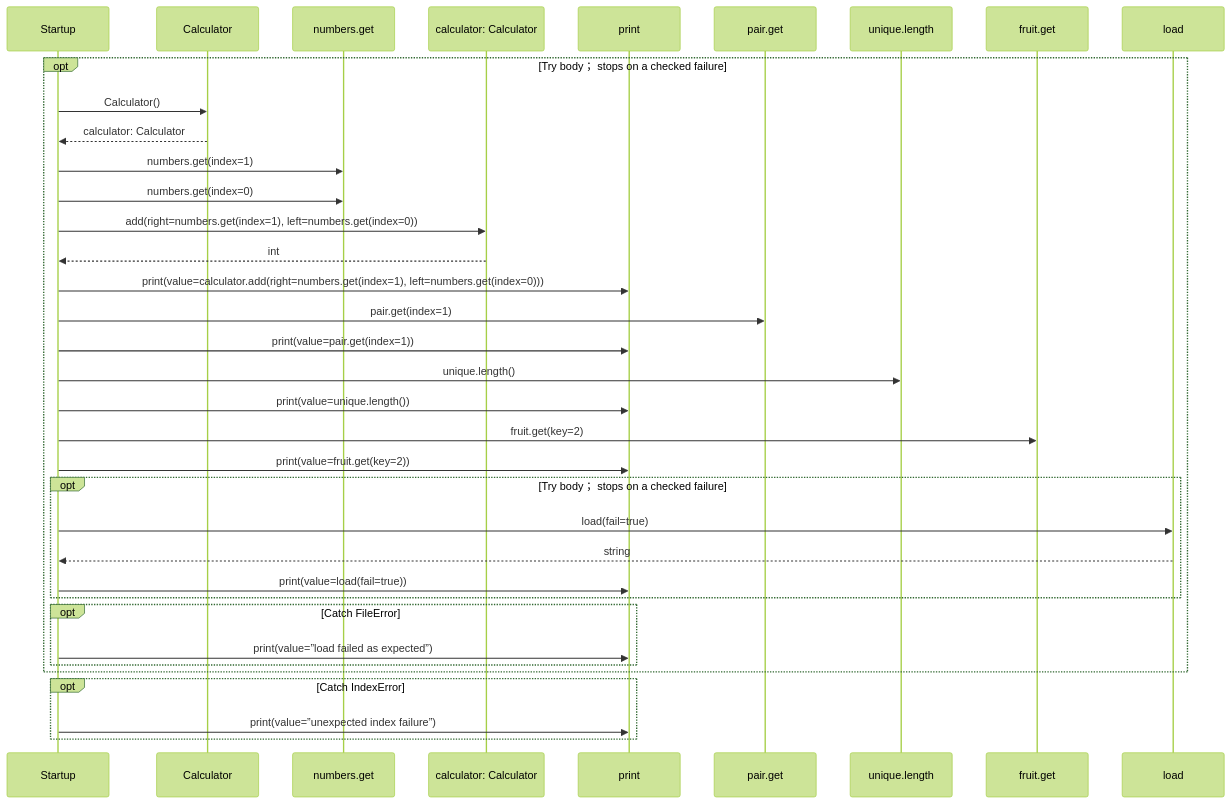
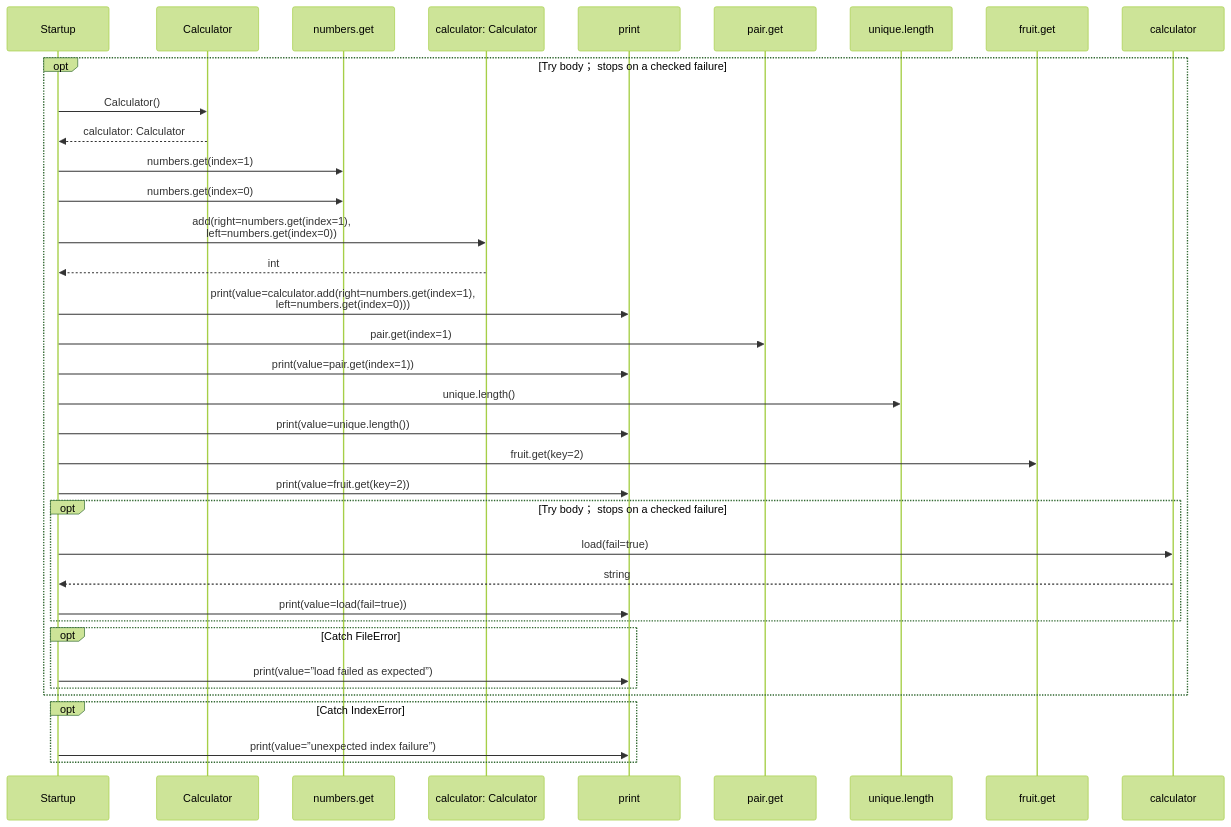
Before and after one commit to GreenPandaStudios/augscript: the third of 3 diagrams in docs/examples/developer-workflow/main-diagrams.md, drawn with Mermaid (forest theme). The commit also changed 200 other files, not shown here.

Commit message:
Group imported operations and wrap readable sequence messages

````diff
--- a/docs/examples/developer-workflow/main-diagrams.md
+++ b/docs/examples/developer-workflow/main-diagrams.md
@@ -53,38 +53,38 @@
 ```mermaid
 sequenceDiagram
     participant p0 as Startup
     participant p1 as Calculator
     participant p2 as numbers.get
     participant p3 as calculator: Calculator
     participant p4 as print
     participant p5 as pair.get
     participant p6 as unique.length
     participant p7 as fruit.get
-    participant p8 as load
+    participant p8 as calculator
     opt Try body； stops on a checked failure
     p0->>p1: Calculator()
     p1-->>p0: calculator: Calculator
     p0->>p2: numbers.get(index=1)
     p0->>p2: numbers.get(index=0)
-    p0->>p3: add(right=numbers.get(index=1), left=numbers.get(index=0))
+    p0->>p3: add(right=numbers.get(index=1),<br/>left=numbers.get(index=0))
     p3-->>p0: int
-    p0->>p4: print(value=calculator.add(right=numbers.get(index=1), left=numbers.get(index=0)))
+    p0->>p4: print(value=calculator.add(right=numbers.get(index=1),<br/>left=numbers.get(index=0)))
     p0->>p5: pair.get(index=1)
     p0->>p4: print(value=pair.get(index=1))
     p0->>p6: unique.length()
     p0->>p4: print(value=unique.length())
     p0->>p7: fruit.get(key=2)
     p0->>p4: print(value=fruit.get(key=2))
     opt Try body； stops on a checked failure
     p0->>p8: load(fail=true)
     p8-->>p0: string
     p0->>p4: print(value=load(fail=true))
     end
     opt Catch FileError
     p0->>p4: print(value=”load failed as expected”)
     end
     end
     opt Catch IndexError
     p0->>p4: print(value=”unexpected index failure”)
     end
 ```
````
